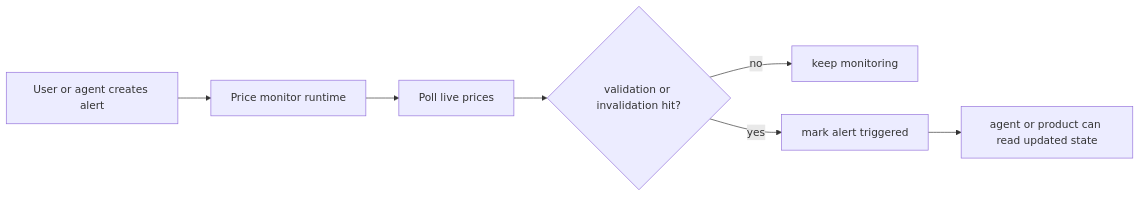
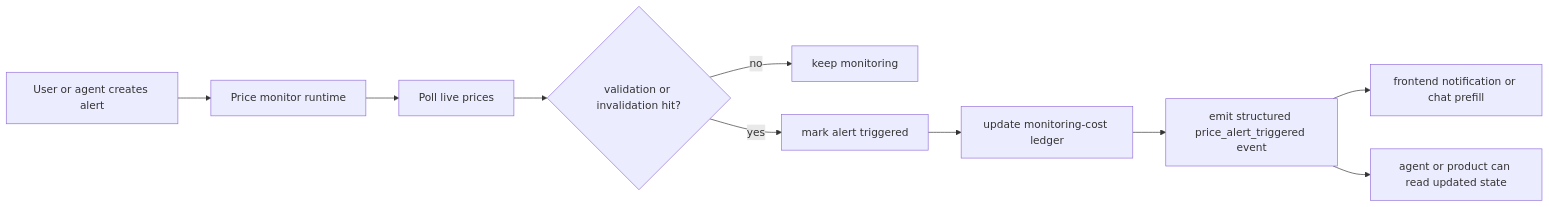
One commit to FajarArrizki/docs changed the diagram in tools/market/price-monitor.mdx. Above: the diagram before and after it, drawn with Mermaid. The commit also changed other lines of this file and 20 other files, not shown here.

````diff
--- a/tools/market/price-monitor.mdx
+++ b/tools/market/price-monitor.mdx
@@ -28,9 +39,12 @@
 ```mermaid
 flowchart LR
     A[User or agent creates alert] --> B[Price monitor runtime]
     B --> C[Poll live prices]
     C --> D{validation or invalidation hit?}
     D -->|no| E[keep monitoring]
     D -->|yes| F[mark alert triggered]
-    F --> G[agent or product can read updated state]
+    F --> G[update monitoring-cost ledger]
+    G --> H[emit structured price_alert_triggered event]
+    H --> I[frontend notification or chat prefill]
+    H --> J[agent or product can read updated state]
 ```
````
